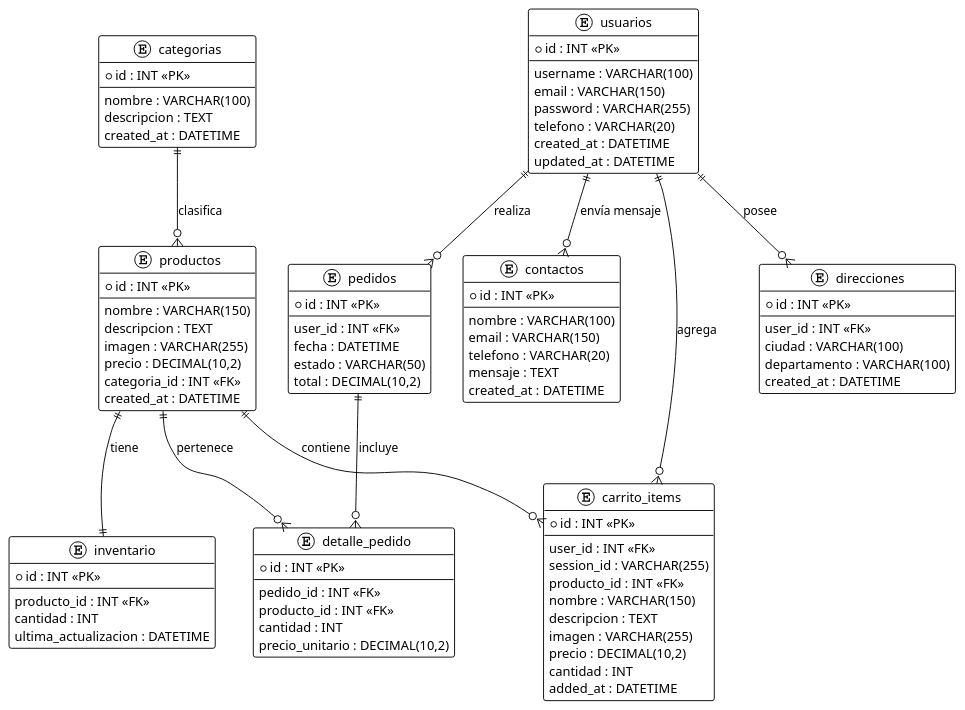
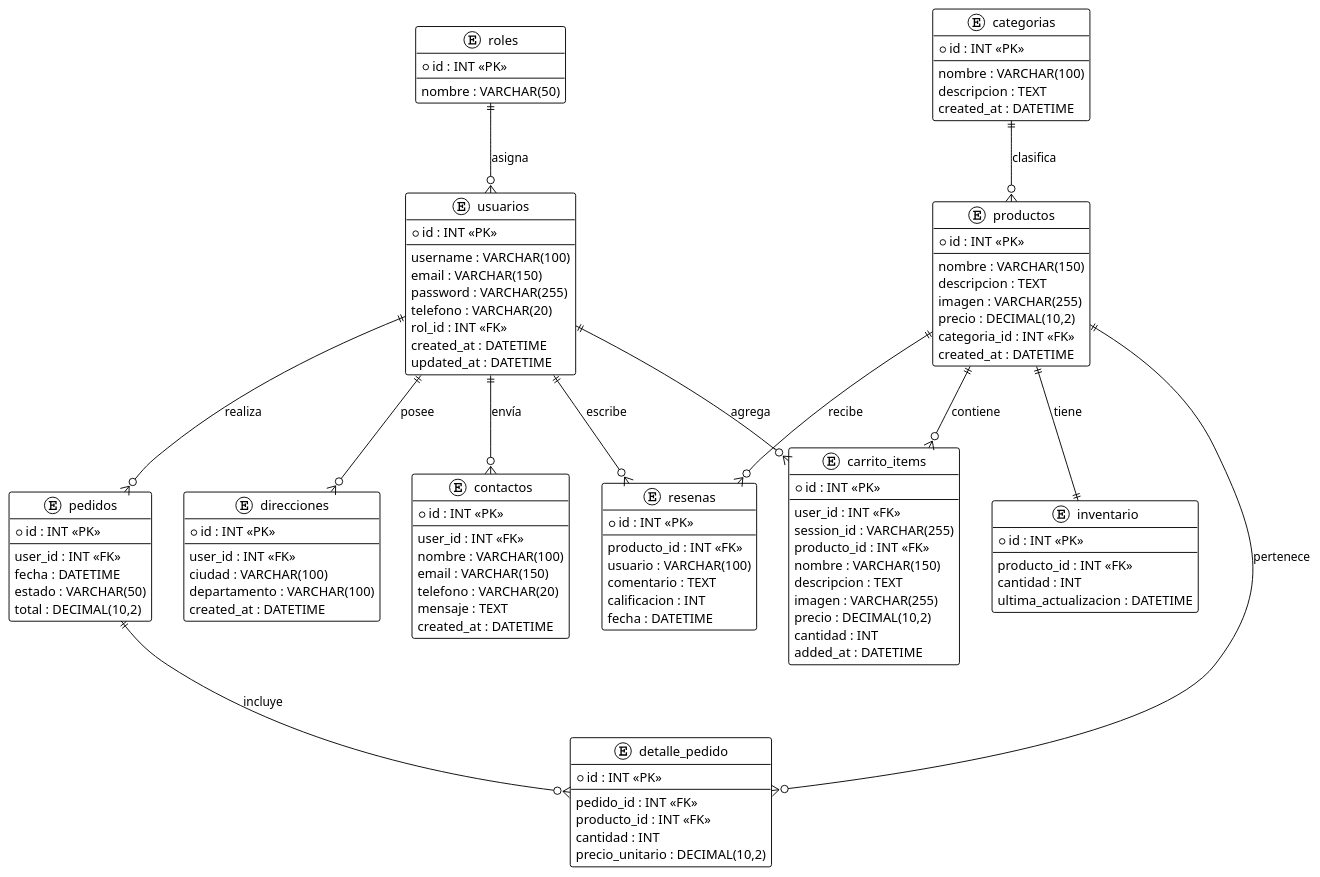
One commit to juangrimaldo-glitch/tienda_online changed the diagram in muestra.puml. Above: the diagram before and after it, drawn with PlantUML. The commit also changed other lines of this file and 4 other files, not shown here.

```diff
--- a/muestra.puml
+++ b/muestra.puml
@@ -1,107 +1,128 @@
 @startuml
 !theme plain
 
 entity "usuarios" as usuarios {
   *id : INT <<PK>>
   --
   username : VARCHAR(100)
   email : VARCHAR(150)
   password : VARCHAR(255)
   telefono : VARCHAR(20)
+  rol_id : INT <<FK>>
   created_at : DATETIME
   updated_at : DATETIME
+}
+
+entity "roles" as roles {
+  *id : INT <<PK>>
+  --
+  nombre : VARCHAR(50)
 }
 
 entity "categorias" as categorias {
   *id : INT <<PK>>
   --
   nombre : VARCHAR(100)
   descripcion : TEXT
   created_at : DATETIME
 }
 
 entity "productos" as productos {
   *id : INT <<PK>>
   --
   nombre : VARCHAR(150)
   descripcion : TEXT
   imagen : VARCHAR(255)
   precio : DECIMAL(10,2)
   categoria_id : INT <<FK>>
   created_at : DATETIME
 }
 
 entity "inventario" as inventario {
   *id : INT <<PK>>
   --
   producto_id : INT <<FK>>
   cantidad : INT
   ultima_actualizacion : DATETIME
 }
 
 entity "carrito_items" as carrito_items {
   *id : INT <<PK>>
   --
   user_id : INT <<FK>>
   session_id : VARCHAR(255)
   producto_id : INT <<FK>>
   nombre : VARCHAR(150)
   descripcion : TEXT
   imagen : VARCHAR(255)
   precio : DECIMAL(10,2)
   cantidad : INT
   added_at : DATETIME
 }
 
 entity "pedidos" as pedidos {
   *id : INT <<PK>>
   --
   user_id : INT <<FK>>
   fecha : DATETIME
   estado : VARCHAR(50)
   total : DECIMAL(10,2)
 }
 
 entity "detalle_pedido" as detalle_pedido {
   *id : INT <<PK>>
   --
   pedido_id : INT <<FK>>
   producto_id : INT <<FK>>
   cantidad : INT
   precio_unitario : DECIMAL(10,2)
 }
 
 entity "direcciones" as direcciones {
   *id : INT <<PK>>
   --
   user_id : INT <<FK>>
   ciudad : VARCHAR(100)
   departamento : VARCHAR(100)
   created_at : DATETIME
 }
 
 entity "contactos" as contactos {
   *id : INT <<PK>>
   --
+  user_id : INT <<FK>>
   nombre : VARCHAR(100)
   email : VARCHAR(150)
   telefono : VARCHAR(20)
   mensaje : TEXT
   created_at : DATETIME
 }
 
+entity "resenas" as resenas {
+  *id : INT <<PK>>
+  --
+  producto_id : INT <<FK>>
+  usuario : VARCHAR(100)
+  comentario : TEXT
+  calificacion : INT
+  fecha : DATETIME
+}
+
 ' ========================
 ' Relaciones
 ' ========================
 
+roles ||--o{ usuarios : "asigna"
 categorias ||--o{ productos : "clasifica"
 productos ||--|| inventario : "tiene"
 usuarios ||--o{ carrito_items : "agrega"
 productos ||--o{ carrito_items : "contiene"
 usuarios ||--o{ pedidos : "realiza"
 pedidos ||--o{ detalle_pedido : "incluye"
 productos ||--o{ detalle_pedido : "pertenece"
 usuarios ||--o{ direcciones : "posee"
-usuarios ||--o{ contactos : "envía mensaje"
+usuarios ||--o{ contactos : "envía"
+productos ||--o{ resenas : "recibe"
+usuarios ||--o{ resenas : "escribe"
 
 @enduml
```
